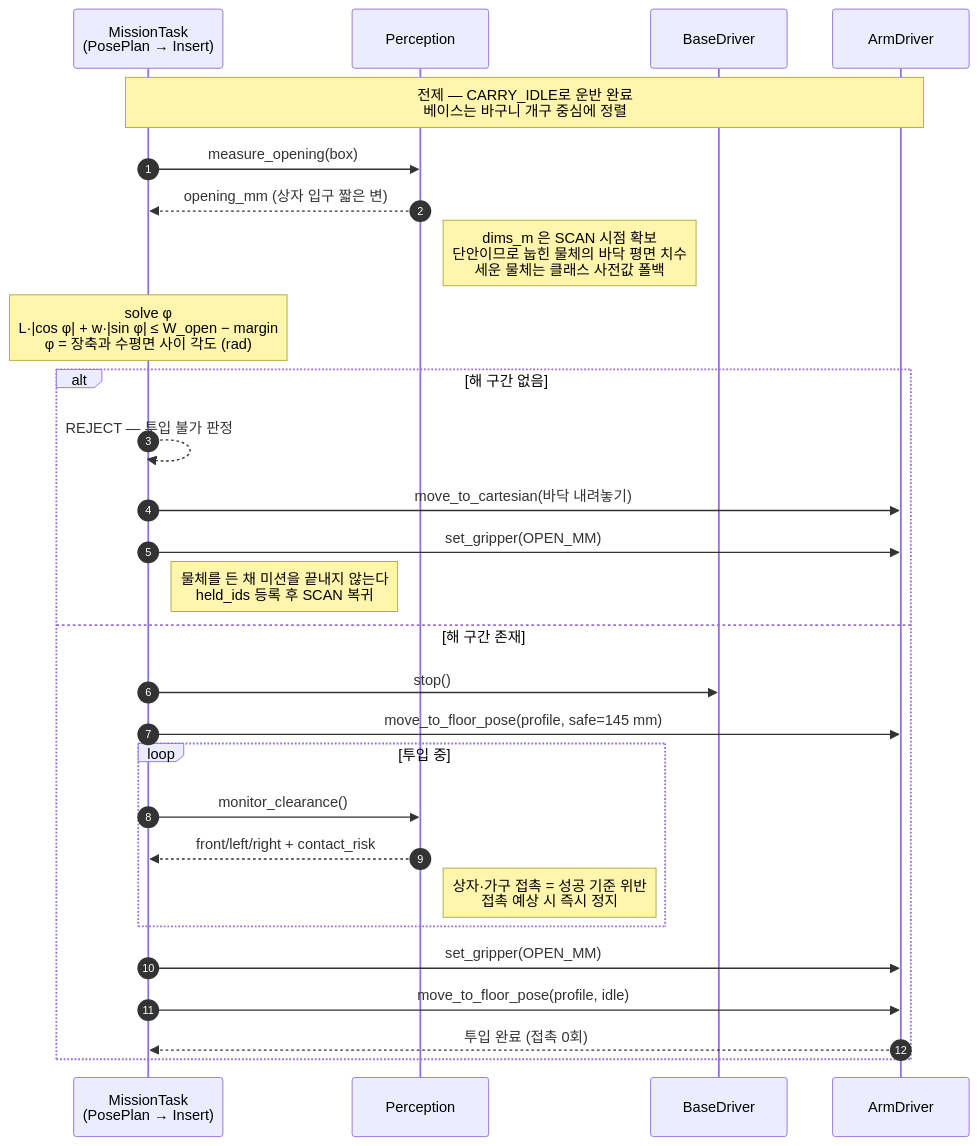
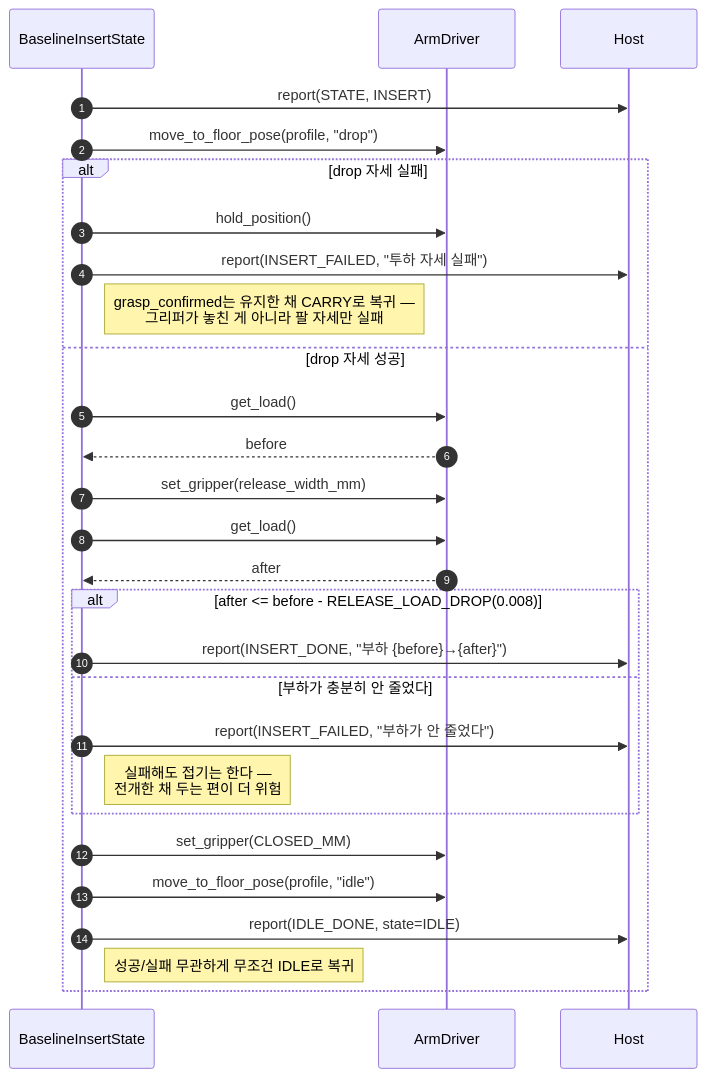
Before and after one commit to grippers-intel/grippers: the fourth of 5 diagrams in docs/design/sequences.md, drawn with Mermaid. The commit also changed other lines of this file and 7 other files, not shown here.

First line of the commit message:
docs: 설계 문서 5종을 실제 baseline_mission 코드 기준으로 전면 재작성 (2026-09-04)

````diff
--- a/docs/design/sequences.md
+++ b/docs/design/sequences.md
@@ -189,36 +179,34 @@
 ```mermaid
 sequenceDiagram
     autonumber
-    participant T as MissionTask<br/>(PosePlan → Insert)
-    participant P as Perception
-    participant B as BaseDriver
+    participant M as BaselineInsertState
     participant A as ArmDriver
+    participant H as Host
 
-    Note over T,A: 전제 — CARRY_IDLE로 운반 완료<br/>베이스는 바구니 개구 중심에 정렬
+    M->>H: report(STATE, INSERT)
+    M->>A: move_to_floor_pose(profile, "drop")
 
-    T->>P: measure_opening(box)
-    P-->>T: opening_mm (상자 입구 짧은 변)
-    Note right of P: dims_m 은 SCAN 시점 확보<br/>단안이므로 눕힌 물체의 바닥 평면 치수<br/>세운 물체는 클래스 사전값 폴백
+    alt drop 자세 실패
+        M->>A: hold_position()
+        M->>H: report(INSERT_FAILED, "투하 자세 실패")
+        Note right of M: grasp_confirmed는 유지한 채 CARRY로 복귀 —<br/>그리퍼가 놓친 게 아니라 팔 자세만 실패
+    else drop 자세 성공
+        M->>A: get_load()
+        A-->>M: before
+        M->>A: set_gripper(release_width_mm)
+        M->>A: get_load()
+        A-->>M: after
 
-    Note over T: solve φ<br/>L·|cos φ| + w·|sin φ| ≤ W_open − margin<br/>φ = 장축과 수평면 사이 각도 (rad)
-
-    alt 해 구간 없음
-        T-->>T: REJECT — 투입 불가 판정
-        T->>A: move_to_cartesian(바닥 내려놓기)
-        T->>A: set_gripper(OPEN_MM)
-        Note right of T: 물체를 든 채 미션을 끝내지 않는다<br/>held_ids 등록 후 SCAN 복귀
-    else 해 구간 존재
-        T->>B: stop()
-        T->>A: move_to_floor_pose(profile, safe=145 mm)
-
-        loop 투입 중
-            T->>P: monitor_clearance()
-            P-->>T: front/left/right + contact_risk
-            Note right of P: 상자·가구 접촉 = 성공 기준 위반<br/>접촉 예상 시 즉시 정지
+        alt after <= before - RELEASE_LOAD_DROP(0.008)
+            M->>H: report(INSERT_DONE, "부하 {before}→{after}")
+        else 부하가 충분히 안 줄었다
+            M->>H: report(INSERT_FAILED, "부하가 안 줄었다")
+            Note right of M: 실패해도 접기는 한다 —<br/>전개한 채 두는 편이 더 위험
         end
 
-        T->>A: set_gripper(OPEN_MM)
-        T->>A: move_to_floor_pose(profile, idle)
-        A-->>T: 투입 완료 (접촉 0회)
+        M->>A: set_gripper(CLOSED_MM)
+        M->>A: move_to_floor_pose(profile, "idle")
+        M->>H: report(IDLE_DONE, state=IDLE)
+        Note right of M: 성공/실패 무관하게 무조건 IDLE로 복귀
     end
 ```
````
